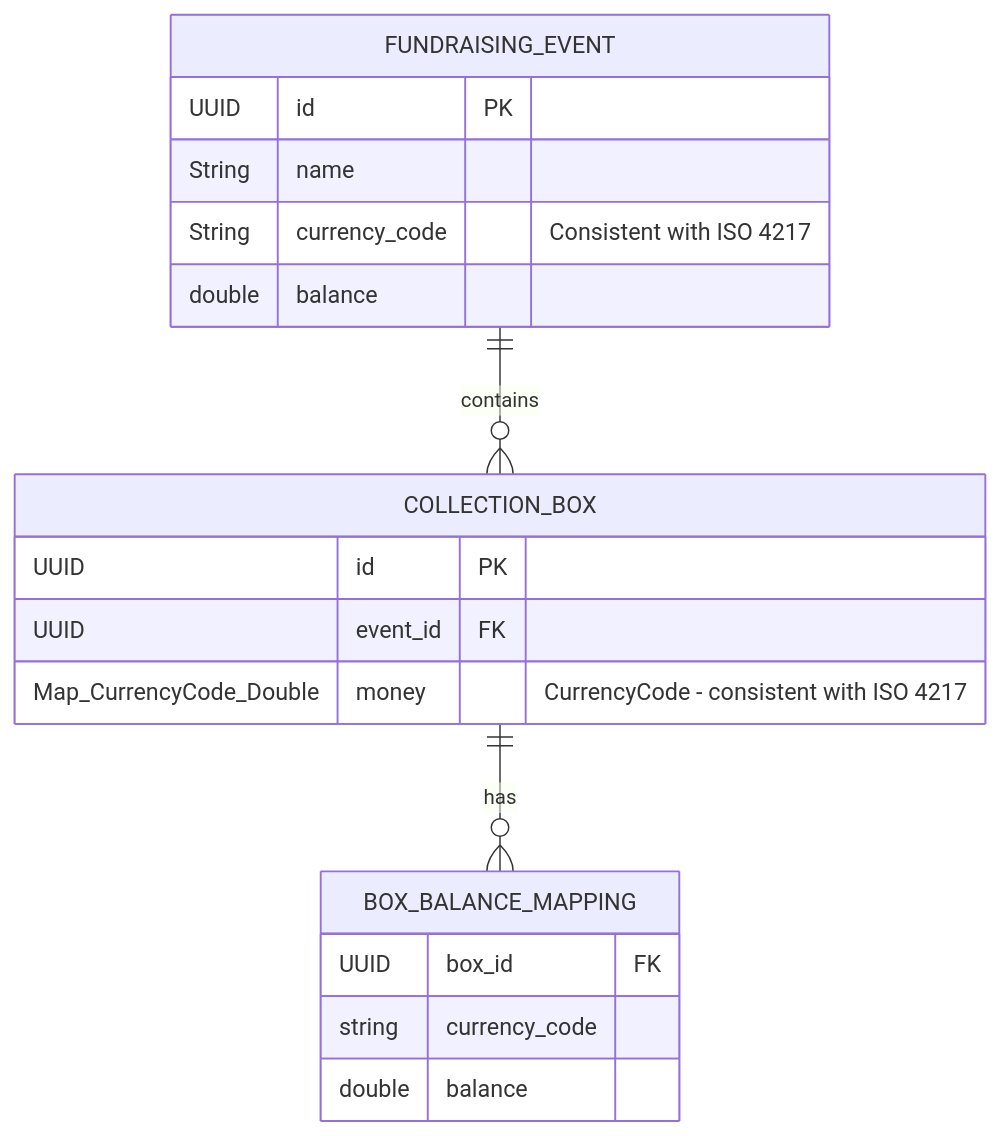
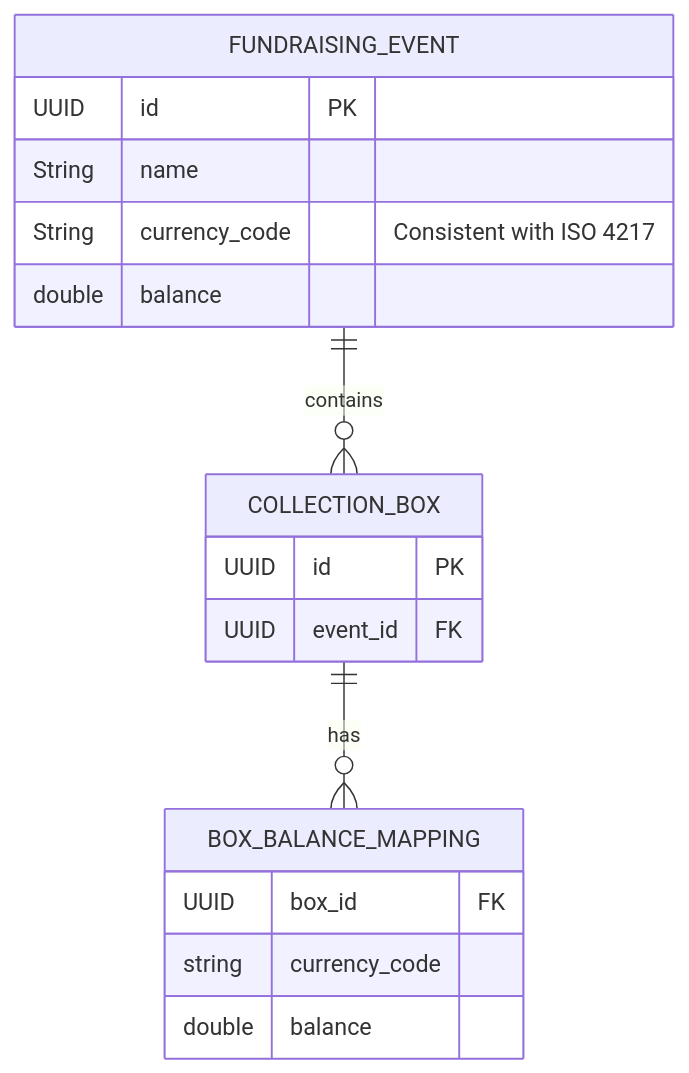
The diagram in README.md (WajHub/InternshipTask-CharityBox), drawn with Mermaid before and after one commit.

Commit message:
correct collection_box schema

````diff
--- a/README.md
+++ b/README.md
@@ -26,25 +26,24 @@
 ```mermaid
   erDiagram
    
        FUNDRAISING_EVENT {
             UUID id PK
             String name
             String currency_code "Consistent with ISO 4217"
             double balance
        }
    
        COLLECTION_BOX{
             UUID id PK
             UUID event_id FK
-            Map_CurrencyCode_Double money "CurrencyCode - consistent with ISO 4217"
        }
 
        BOX_BALANCE_MAPPING{
             UUID box_id FK
             string currency_code
             double balance
        }
    
         FUNDRAISING_EVENT ||--o{ COLLECTION_BOX : contains
         COLLECTION_BOX ||--o{ BOX_BALANCE_MAPPING : has
 ```
````
